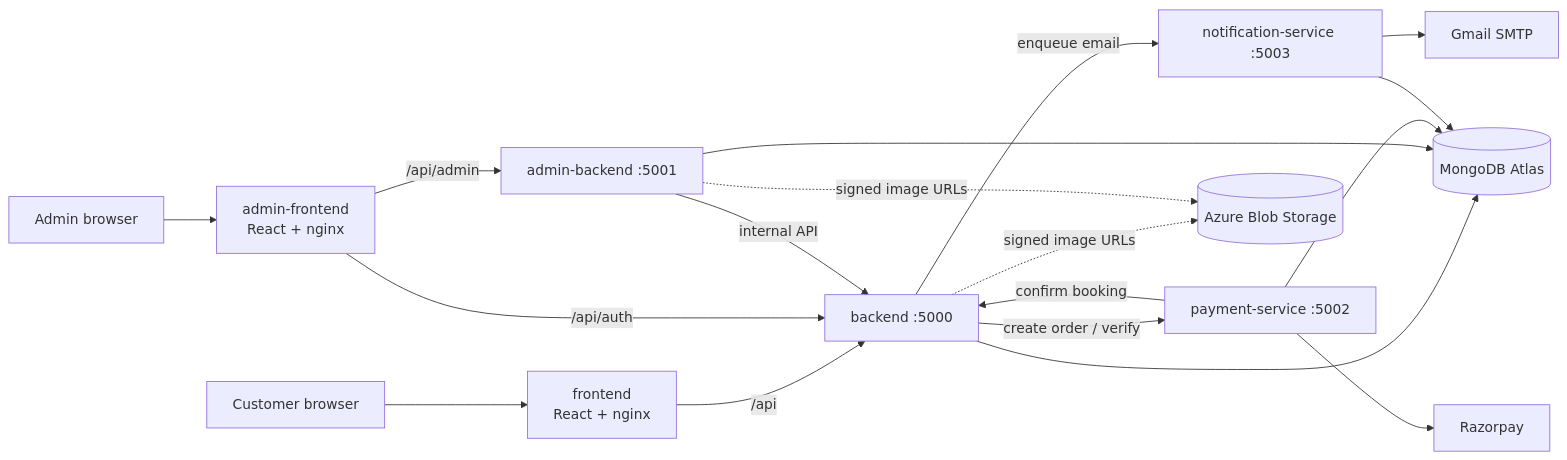
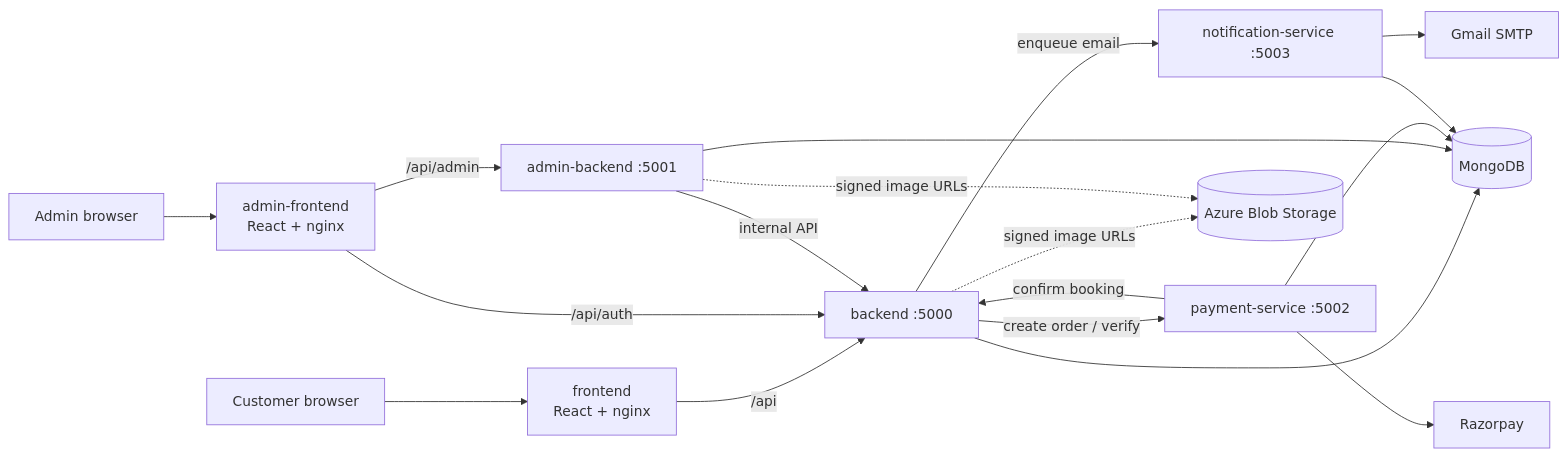
Before and after one commit to SrinidhiSanjeevi/app_Homeease: the first of 2 diagrams in README.md, drawn with Mermaid. The commit also changed other lines of this file and 18 other files, not shown here.

````diff
--- a/README.md
+++ b/README.md
@@ -31,16 +30,16 @@
 ```mermaid
 flowchart LR
     C[Customer browser] --> FE[frontend<br/>React + nginx]
     A[Admin browser] --> AFE[admin-frontend<br/>React + nginx]
     FE -->|/api| BE[backend :5000]
     AFE -->|/api/auth| BE
     AFE -->|/api/admin| ABE[admin-backend :5001]
     ABE -->|internal API| BE
     BE -->|create order / verify| PAY[payment-service :5002]
     PAY -->|confirm booking| BE
     BE -->|enqueue email| NOT[notification-service :5003]
-    BE & ABE & PAY & NOT --> DB[(MongoDB Atlas)]
+    BE & ABE & PAY & NOT --> DB[(MongoDB)]
     BE & ABE -.signed image URLs.-> BLOB[(Azure Blob Storage)]
     PAY --> RZP[Razorpay]
     NOT --> SMTP[Gmail SMTP]
 ```
````
